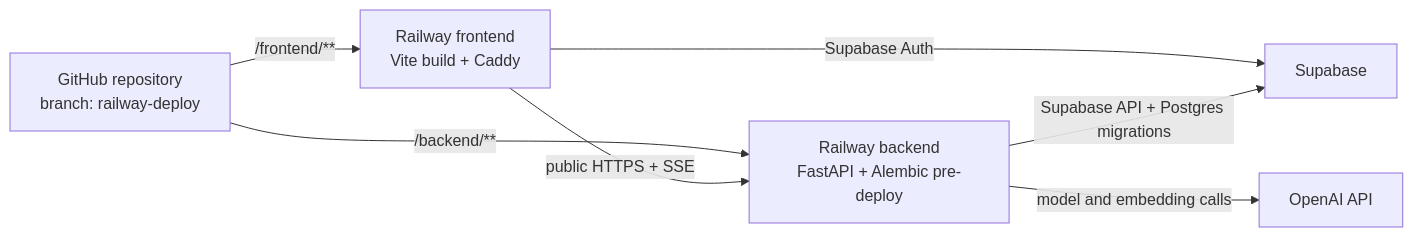
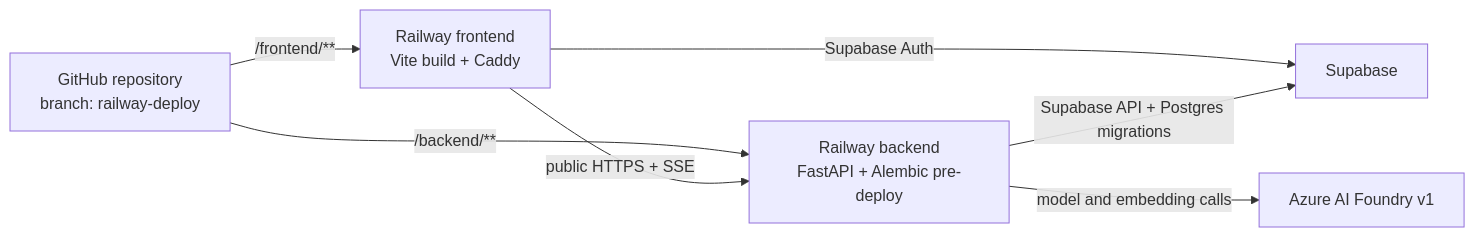
Before and after one commit to nicola-battoia/investment-research-agent: the diagram in docs/guides/railway-deployment-plan.md, drawn with Mermaid. The commit also changed other lines of this file and 47 other files, not shown here.

````diff
--- a/docs/guides/railway-deployment-plan.md
+++ b/docs/guides/railway-deployment-plan.md
@@ -29,9 +35,9 @@
 ```mermaid
 flowchart LR
     GH["GitHub repository\nbranch: railway-deploy"] -->|"/backend/**"| BE["Railway backend\nFastAPI + Alembic pre-deploy"]
     GH -->|"/frontend/**"| FE["Railway frontend\nVite build + Caddy"]
     FE -->|"public HTTPS + SSE"| BE
     FE -->|"Supabase Auth"| SB["Supabase"]
     BE -->|"Supabase API + Postgres migrations"| SB
-    BE -->|"model and embedding calls"| OA["OpenAI API"]
+    BE -->|"model and embedding calls"| OA["Azure AI Foundry v1"]
 ```
````
